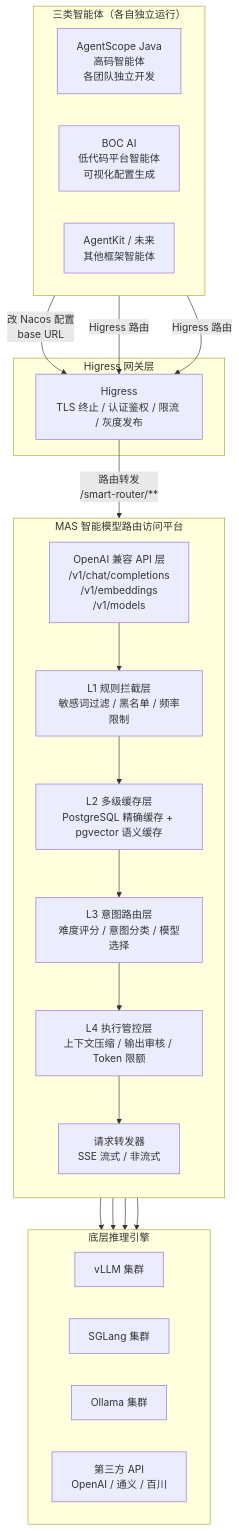
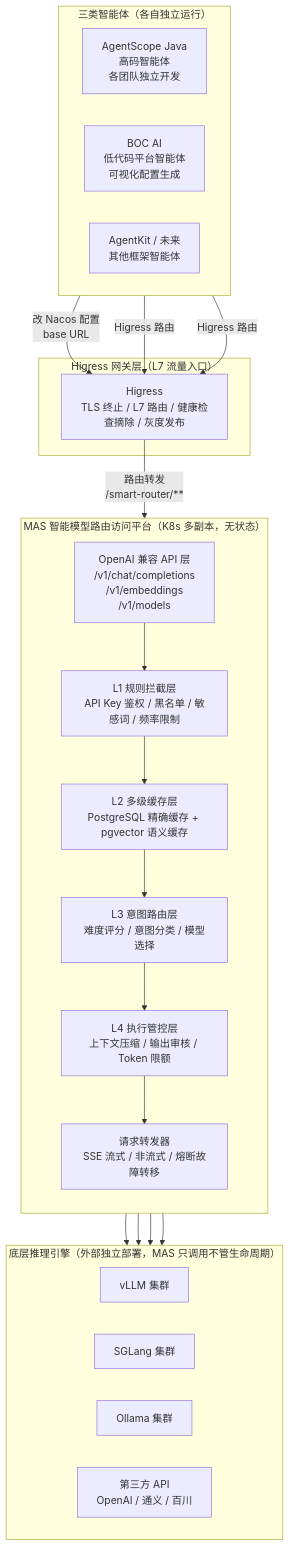
Before and after one commit to wuhuanyu91/sunyard-mass: the first of 11 diagrams in 智能模型路由访问平台（MAS）设计方案.md, drawn with Mermaid. The commit also changed other lines of this file and 19 other files, not shown here.

Commit message:
feat(mas): 新增 L1 规则拦截、调用日志记录与 API Key 管理功能

````diff
--- a/智能模型路由访问平台（MAS）设计方案.md
+++ b/智能模型路由访问平台（MAS）设计方案.md
@@ -37,45 +37,45 @@
 ```mermaid
 flowchart TB
     subgraph AGENTS["三类智能体（各自独立运行）"]
         direction LR
         A1["AgentScope Java<br/>高码智能体<br/>各团队独立开发"]
         A2["BOC AI<br/>低代码平台智能体<br/>可视化配置生成"]
         A3["AgentKit / 未来<br/>其他框架智能体"]
     end
 
-    subgraph HIGRESS["Higress 网关层"]
-        H1["Higress<br/>TLS 终止 / 认证鉴权 / 限流 / 灰度发布"]
+    subgraph HIGRESS["Higress 网关层（L7 流量入口）"]
+        H1["Higress<br/>TLS 终止 / L7 路由 / 健康检查摘除 / 灰度发布"]
     end
 
-    subgraph MAS["MAS 智能模型路由访问平台"]
+    subgraph MAS["MAS 智能模型路由访问平台（K8s 多副本，无状态）"]
         direction TB
         API["OpenAI 兼容 API 层<br/>/v1/chat/completions<br/>/v1/embeddings<br/>/v1/models"]
-        L1["L1 规则拦截层<br/>敏感词过滤 / 黑名单 / 频率限制"]
+        L1["L1 规则拦截层<br/>API Key 鉴权 / 黑名单 / 敏感词 / 频率限制"]
         L2["L2 多级缓存层<br/>PostgreSQL 精确缓存 + pgvector 语义缓存"]
         L3["L3 意图路由层<br/>难度评分 / 意图分类 / 模型选择"]
         L4["L4 执行管控层<br/>上下文压缩 / 输出审核 / Token 限额"]
-        FWD["请求转发器<br/>SSE 流式 / 非流式"]
+        FWD["请求转发器<br/>SSE 流式 / 非流式 / 熔断故障转移"]
     end
 
-    subgraph ENGINES["底层推理引擎"]
+    subgraph ENGINES["底层推理引擎（外部独立部署，MAS 只调用不管生命周期）"]
         direction LR
         V1["vLLM 集群"]
         V2["SGLang 集群"]
         V3["Ollama 集群"]
         V4["第三方 API<br/>OpenAI / 通义 / 百川"]
     end
 
     A1 -->|"改 Nacos 配置<br/>base URL"| H1
     A2 -->|"Higress 路由"| H1
     A3 -->|"Higress 路由"| H1
     H1 -->|"路由转发<br/>/smart-router/**"| API
     API --> L1
     L1 --> L2
     L2 --> L3
     L3 --> L4
     L4 --> FWD
     FWD --> V1
     FWD --> V2
     FWD --> V3
     FWD --> V4
 ```
````
